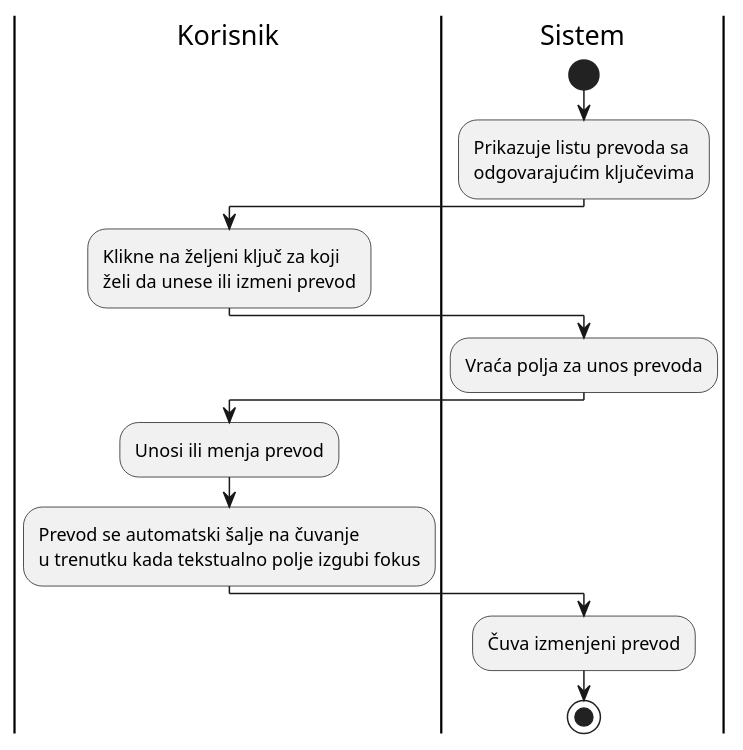
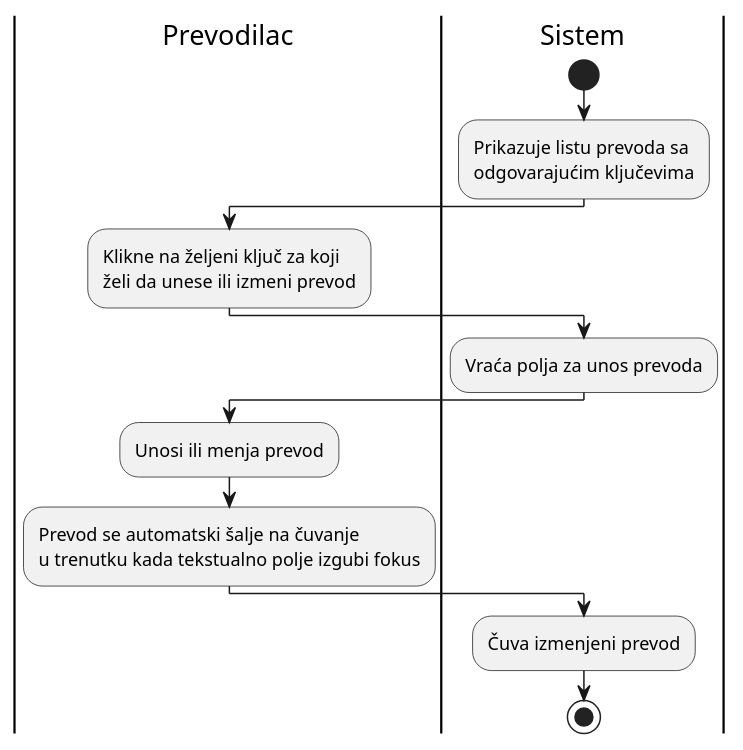
One commit to enco164/interpres changed the diagram in thesis/src/plantuml/izmena_prevoda.plantuml. Above: the diagram before and after it, drawn with PlantUML. The commit also changed 13 other files, not shown here.

```diff
--- a/thesis/src/plantuml/izmena_prevoda.plantuml
+++ b/thesis/src/plantuml/izmena_prevoda.plantuml
@@ -1,19 +1,19 @@
 @startuml Izmena prevoda
-|Korisnik|
+|Prevodilac|
 |Sistem|
 start
 :Prikazuje listu prevoda sa 
 odgovarajućim ključevima;
-|Korisnik|
+|Prevodilac|
 :Klikne na željeni ključ za koji 
 želi da unese ili izmeni prevod;
 |Sistem|
 :Vraća polja za unos prevoda;
-|Korisnik|
+|Prevodilac|
 :Unosi ili menja prevod;
 :Prevod se automatski šalje na čuvanje 
 u trenutku kada tekstualno polje izgubi fokus;
 |Sistem|
 :Čuva izmenjeni prevod;
 stop
 @enduml
```
